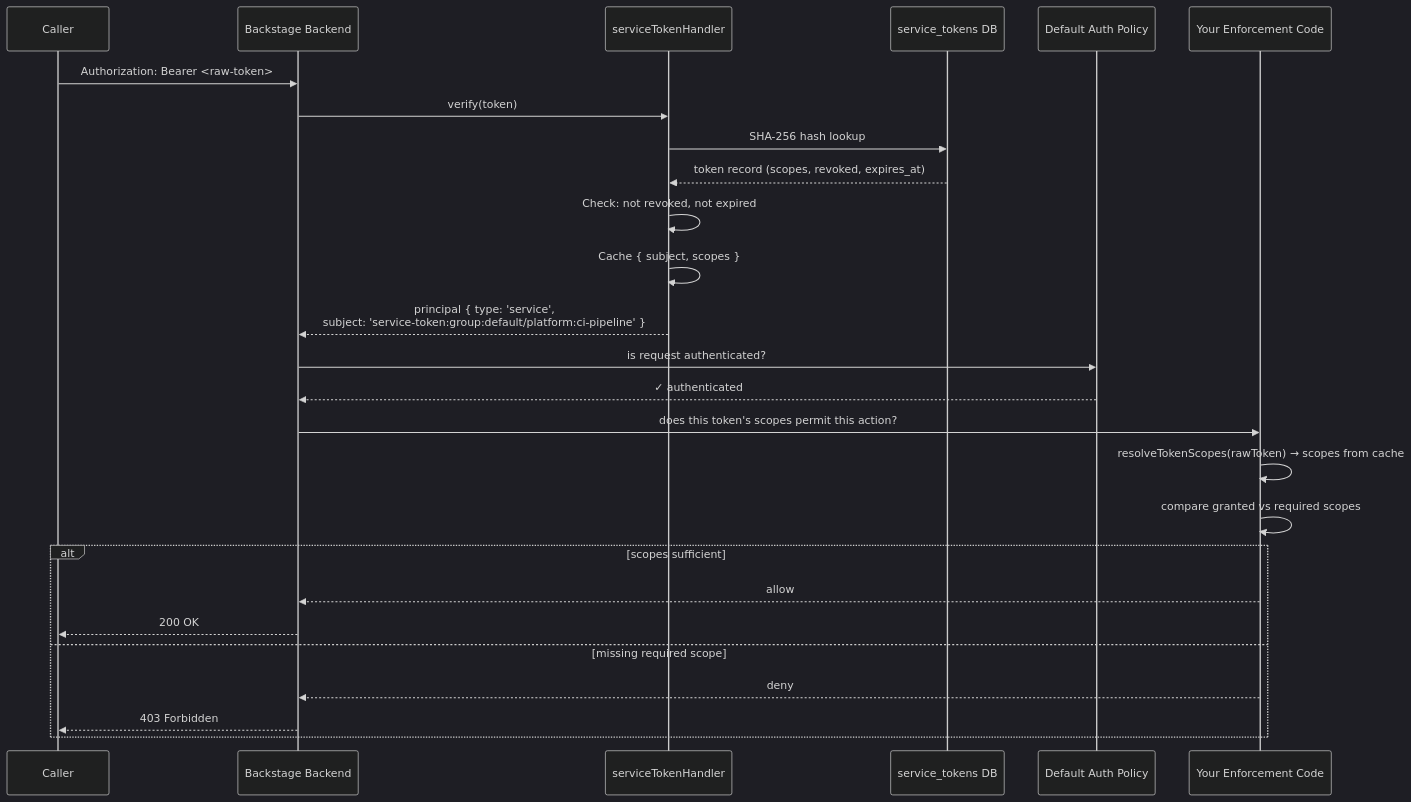
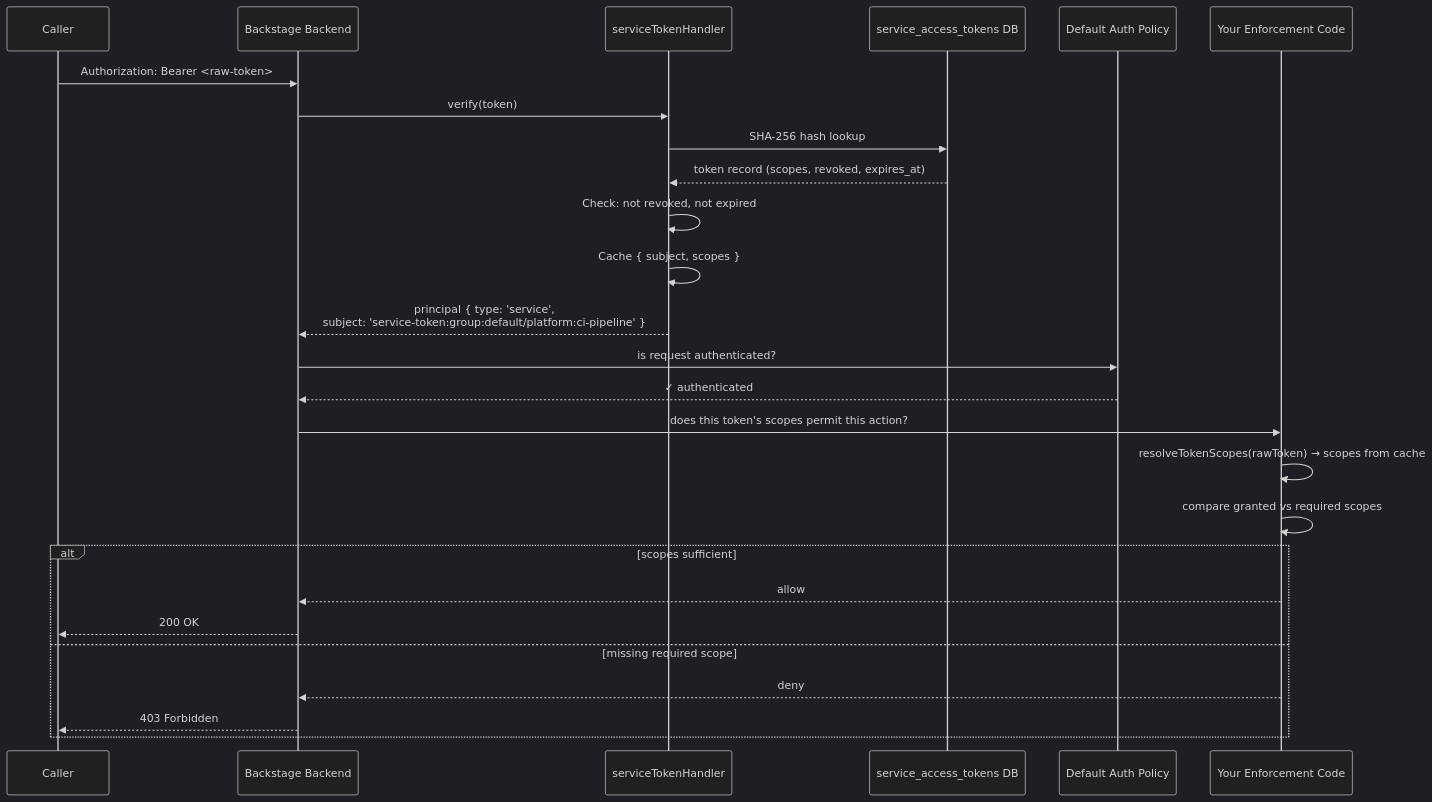
One commit to PrimeDX/backstage-access-tokens-plugin changed the diagram in docs/runbooks/scope-enforcement.md. Above: the diagram before and after it, drawn with Mermaid (dark theme). The commit also changed other lines of this file and 208 other files, not shown here.

Commit message:
feat!: rename service token plugin to access tokens

````diff
--- a/docs/runbooks/scope-enforcement.md
+++ b/docs/runbooks/scope-enforcement.md
@@ -37,29 +37,29 @@
 ```mermaid
 sequenceDiagram
     participant Caller
     participant Backstage as Backstage Backend
     participant Handler as serviceTokenHandler
-    participant DB as service_tokens DB
+    participant DB as service_access_tokens DB
     participant AuthPolicy as Default Auth Policy
     participant Enforce as Your Enforcement Code
 
     Caller->>Backstage: Authorization: Bearer <raw-token>
     Backstage->>Handler: verify(token)
     Handler->>DB: SHA-256 hash lookup
     DB-->>Handler: token record (scopes, revoked, expires_at)
     Handler->>Handler: Check: not revoked, not expired
     Handler->>Handler: Cache { subject, scopes }
     Handler-->>Backstage: principal { type: 'service',<br/>subject: 'service-token:group:default/platform:ci-pipeline' }
     Backstage->>AuthPolicy: is request authenticated?
     AuthPolicy-->>Backstage: ✓ authenticated
     Backstage->>Enforce: does this token's scopes permit this action?
     Enforce->>Enforce: resolveTokenScopes(rawToken) → scopes from cache
     Enforce->>Enforce: compare granted vs required scopes
     alt scopes sufficient
         Enforce-->>Backstage: allow
         Backstage-->>Caller: 200 OK
     else missing required scope
         Enforce-->>Backstage: deny
         Backstage-->>Caller: 403 Forbidden
     end
 ```
````
